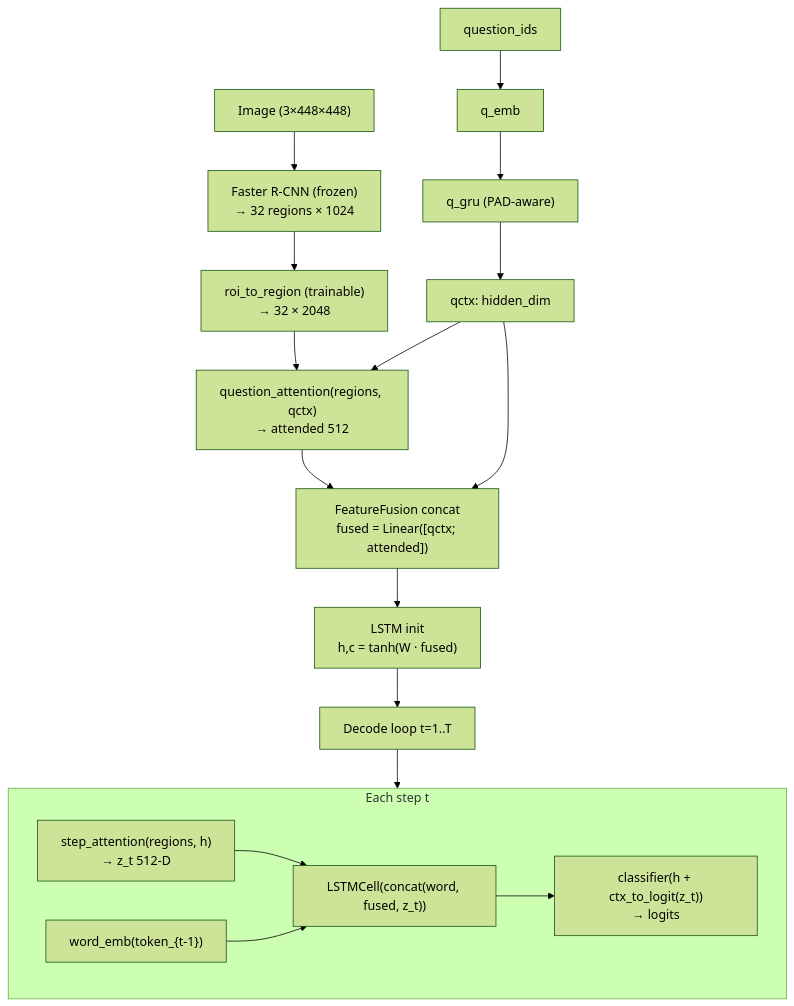
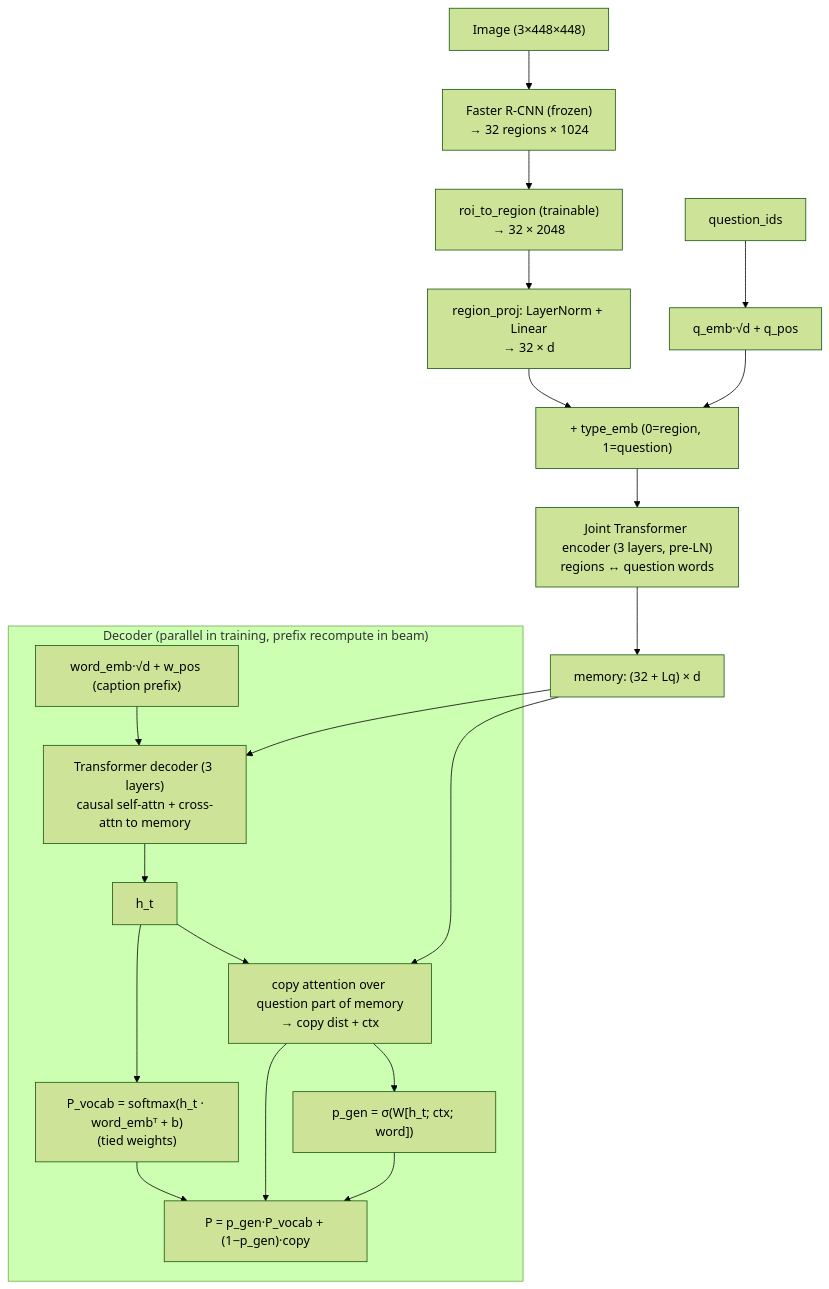
The second of 3 diagrams in architecture/ARCHITECTURE.en.md (MahdiRuzmeh/ImageCaptioningImprovedVisualQuestionAnswering), drawn with Mermaid (forest theme) before and after one commit. The commit also changed other lines of this file and 5 other files, not shown here.

Commit message:
docs: Document MMTransformerCopyCaptioner as the v2 Stage-1 architecture.

````diff
--- a/architecture/ARCHITECTURE.en.md
+++ b/architecture/ARCHITECTURE.en.md
@@ -77,32 +91,33 @@
 ```mermaid
 flowchart TB
     IMG["Image (3×448×448)"]
     FRCNN["Faster R-CNN (frozen)\n→ 32 regions × 1024"]
     ROI["roi_to_region (trainable)\n→ 32 × 2048"]
+    RP["region_proj: LayerNorm + Linear\n→ 32 × d"]
     Q["question_ids"]
-    QEMB["q_emb"]
-    QGRU["q_gru (PAD-aware)"]
-    QCTX["qctx: hidden_dim"]
-    QATT["question_attention(regions, qctx)\n→ attended 512"]
-    FUSE["FeatureFusion concat\nfused = Linear([qctx; attended])"]
-    INIT["LSTM init\nh,c = tanh(W · fused)"]
-    LOOP["Decode loop t=1..T"]
+    QE["q_emb·√d + q_pos"]
+    TYPE["+ type_emb (0=region, 1=question)"]
+    ENC["Joint Transformer encoder (3 layers, pre-LN)\nregions ↔ question words"]
+    MEM["memory: (32 + Lq) × d"]
 
-    IMG --> FRCNN --> ROI
-    Q --> QEMB --> QGRU --> QCTX
-    ROI --> QATT
-    QCTX --> QATT --> FUSE
-    QCTX --> FUSE --> INIT --> LOOP
+    IMG --> FRCNN --> ROI --> RP --> TYPE
+    Q --> QE --> TYPE
+    TYPE --> ENC --> MEM
 
-    subgraph LOOP_DETAIL["Each step t"]
-        SATT["step_attention(regions, h)\n→ z_t 512-D"]
-        WE["word_emb(token_{t-1})"]
-        LSTM["LSTMCell(concat(word, fused, z_t))"]
-        OUT["classifier(h + ctx_to_logit(z_t))\n→ logits"]
-        SATT --> LSTM
-        WE --> LSTM
-        LSTM --> OUT
+    subgraph DEC["Decoder (parallel in training, prefix recompute in beam)"]
+        WE["word_emb·√d + w_pos (caption prefix)"]
+        TD["Transformer decoder (3 layers)\ncausal self-attn + cross-attn to memory"]
+        H["h_t"]
+        VOC["P_vocab = softmax(h_t · word_embᵀ + b)\n(tied weights)"]
+        CP["copy attention over question part of memory\n→ copy dist + ctx"]
+        PG["p_gen = σ(W[h_t; ctx; word])"]
+        MIX["P = p_gen·P_vocab + (1−p_gen)·copy"]
+        WE --> TD --> H
+        H --> VOC --> MIX
+        H --> CP --> MIX
+        CP --> PG --> MIX
     end
 
-    LOOP --> LOOP_DETAIL
+    MEM --> TD
+    MEM --> CP
 ```
````
